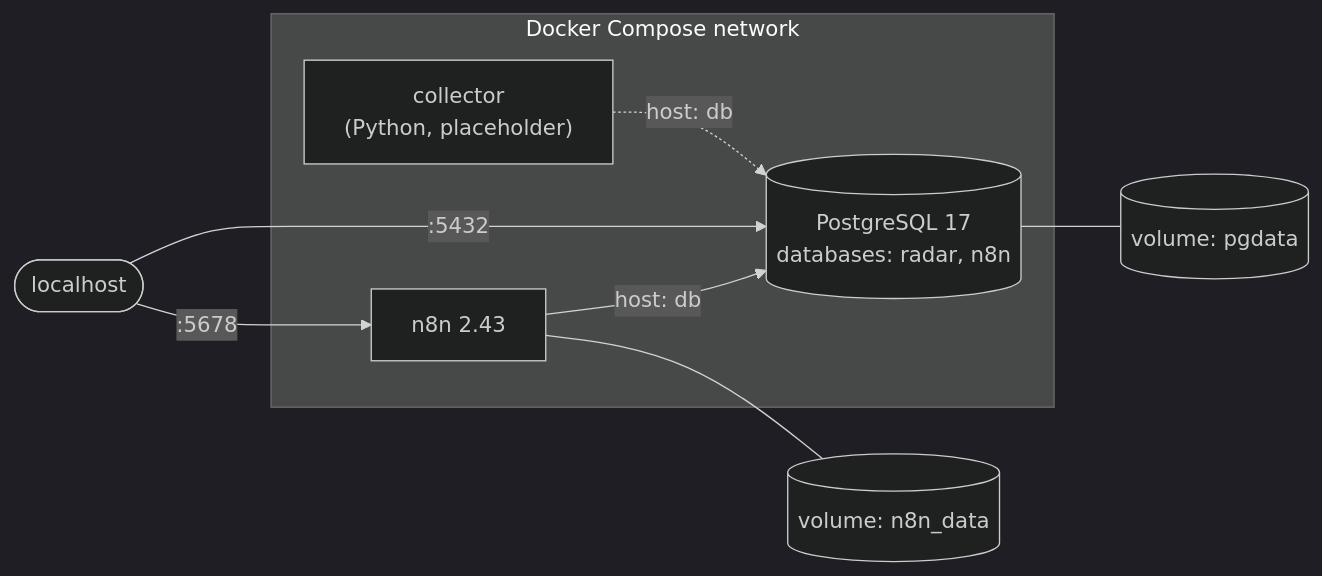
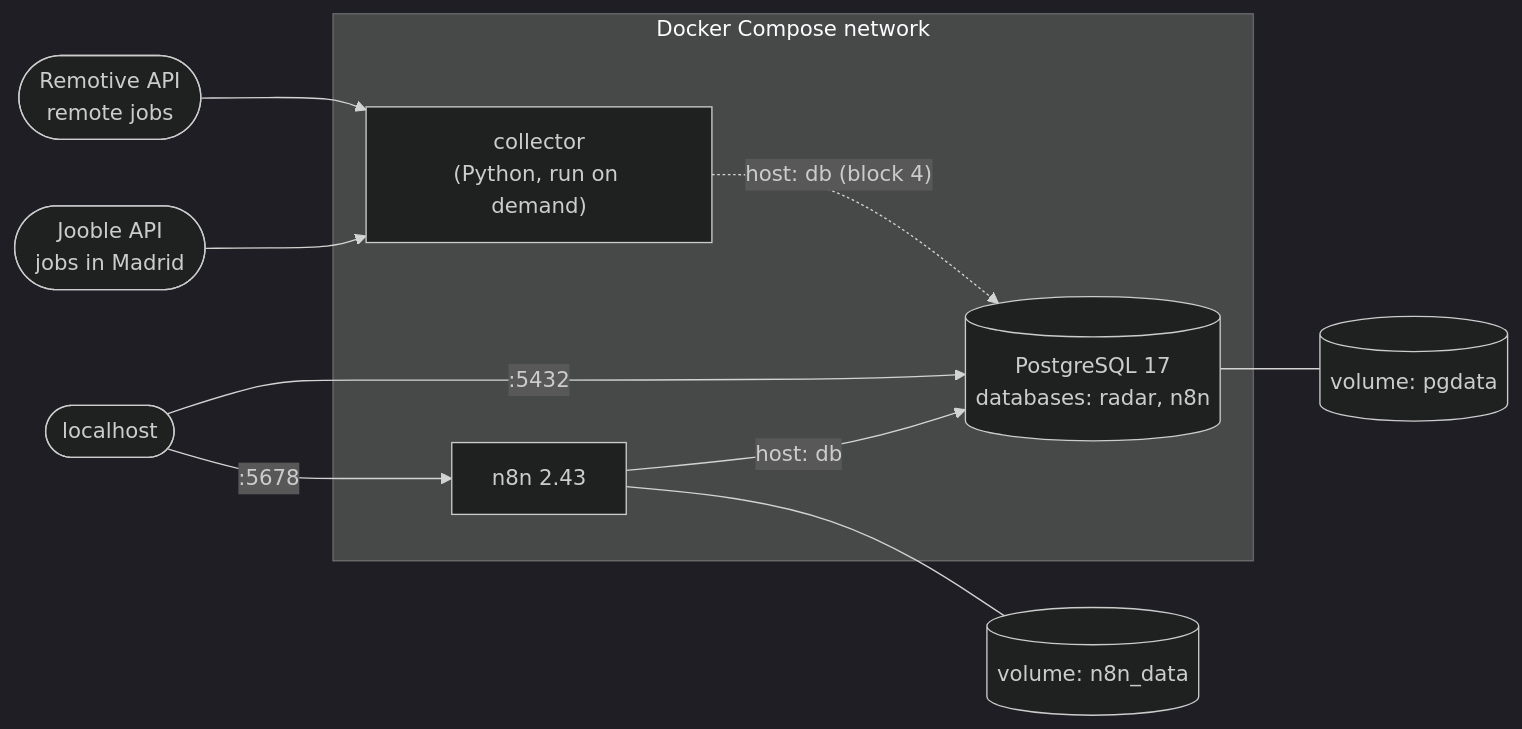
Before and after one commit to telloso/radar-empleo-ia: the diagram in README.md, drawn with Mermaid (dark theme). The commit also changed other lines of this file, not shown here.

Commit message:
Document the job collector, its sources and tests in README

````diff
--- a/README.md
+++ b/README.md
@@ -18,14 +18,16 @@
 ```mermaid
 flowchart LR
     subgraph compose["Docker Compose network"]
-        collector["collector<br/>(Python, placeholder)"]
+        collector["collector<br/>(Python, run on demand)"]
         db[("PostgreSQL 17<br/>databases: radar, n8n")]
         n8n["n8n 2.43"]
     end
-    collector -. "host: db" .-> db
+    collector -. "host: db (block 4)" .-> db
+    remotive(["Remotive API<br/>remote jobs"]) --> collector
+    jooble(["Jooble API<br/>jobs in Madrid"]) --> collector
     n8n -- "host: db" --> db
     db --- pgdata[("volume: pgdata")]
     n8n --- n8ndata[("volume: n8n_data")]
     you(["localhost"]) -- ":5432" --> db
     you -- ":5678" --> n8n
 ```
````
